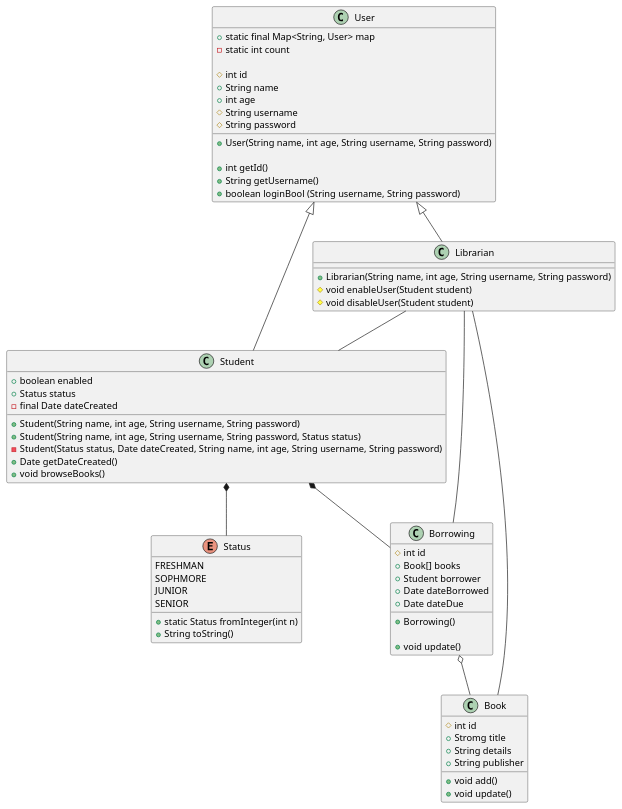
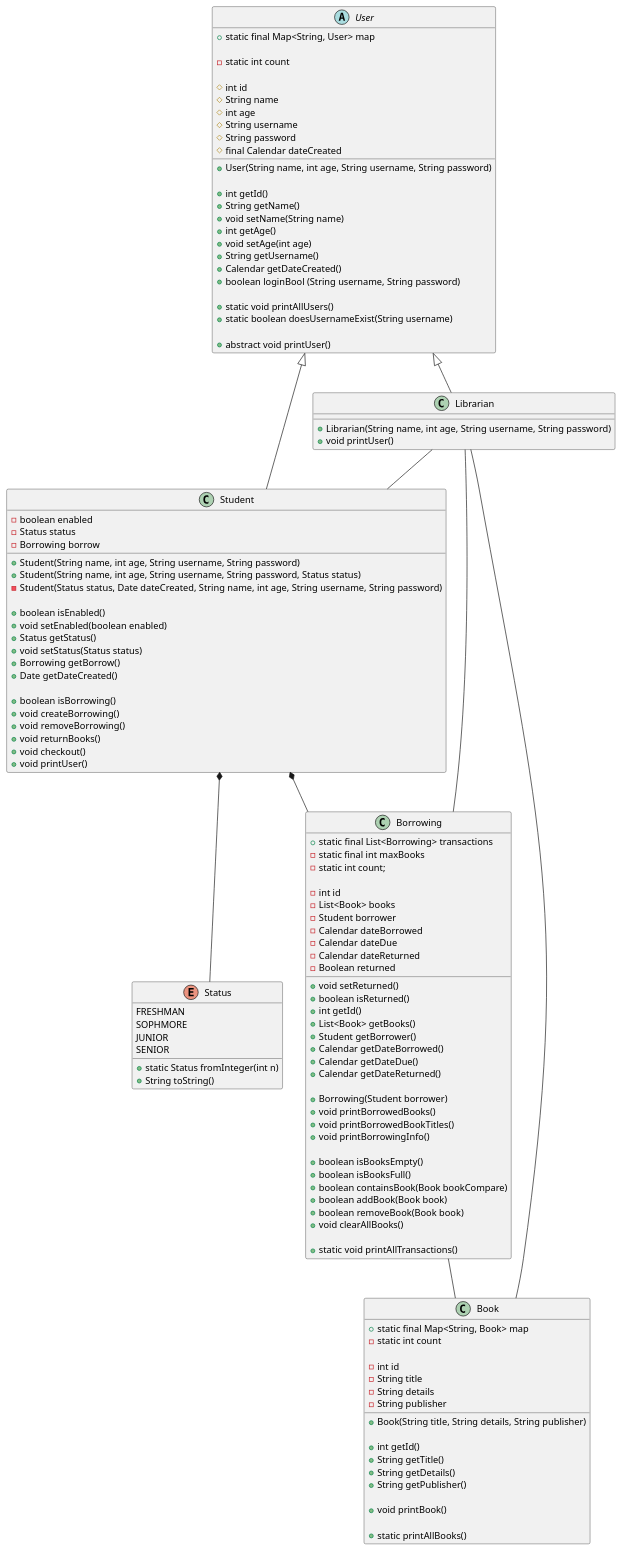
The diagram in UML.puml (drumman22/COP3330-Group-Project), drawn with PlantUML before and after one commit. The commit also changed 3 other files, not shown here.

```diff
--- a/UML.puml
+++ b/UML.puml
@@ -1,81 +1,137 @@
 @startuml
+abstract User {
+    + static final Map<String, User> map
 
-class User {
-    + static final Map<String, User> map
     - static int count
 
     # int id
-    + String name
-    + int age
+    # String name
+    # int age
     # String username
     # String password
+    # final Calendar dateCreated
 
     + User(String name, int age, String username, String password)
 
     + int getId()
+    + String getName()
+    + void setName(String name)
+    + int getAge()
+    + void setAge(int age)
     + String getUsername()
+    + Calendar getDateCreated()
     + boolean loginBool (String username, String password)
+
+    + static void printAllUsers()
+    + static boolean doesUsernameExist(String username)
+
+    + abstract void printUser()
 }
 
 class Librarian {
     + Librarian(String name, int age, String username, String password)
-    # void enableUser(Student student)
-    # void disableUser(Student student)
+    + void printUser()
 }
 
 class Student {
-    + boolean enabled
-    + Status status
-    - final Date dateCreated
+    - boolean enabled
+    - Status status
+    - Borrowing borrow
 
     + Student(String name, int age, String username, String password)
     + Student(String name, int age, String username, String password, Status status)
     - Student(Status status, Date dateCreated, String name, int age, String username, String password)
 
+    + boolean isEnabled()
+    + void setEnabled(boolean enabled)
+    + Status getStatus()
+    + void setStatus(Status status)
+    + Borrowing getBorrow()
+    + Date getDateCreated()
 
-    + Date getDateCreated()
-    + void browseBooks()
+    + boolean isBorrowing()
+    + void createBorrowing()
+    + void removeBorrowing()
+    + void returnBooks()
+    + void checkout()
+    + void printUser()
 }
 
 enum Status {
         FRESHMAN
         SOPHMORE
         JUNIOR
         SENIOR
 
         + static Status fromInteger(int n)
         + String toString()
 }
 
 class Borrowing {
-    # int id
-    + Book[] books
-    + Student borrower
-    + Date dateBorrowed
-    + Date dateDue
+    + static final List<Borrowing> transactions
+    - static final int maxBooks
+    - static int count;
 
-    + Borrowing()
+    - int id
+    - List<Book> books
+    - Student borrower
+    - Calendar dateBorrowed
+    - Calendar dateDue
+    - Calendar dateReturned
+    - Boolean returned
 
-    + void update()
+    + void setReturned()
+    + boolean isReturned()
+    + int getId()
+    + List<Book> getBooks()
+    + Student getBorrower()
+    + Calendar getDateBorrowed()
+    + Calendar getDateDue()
+    + Calendar getDateReturned()
+
+    + Borrowing(Student borrower)
+    + void printBorrowedBooks()
+    + void printBorrowedBookTitles()
+    + void printBorrowingInfo()
+
+    + boolean isBooksEmpty()
+    + boolean isBooksFull()
+    + boolean containsBook(Book bookCompare)
+    + boolean addBook(Book book)
+    + boolean removeBook(Book book)
+    + void clearAllBooks()
+
+    + static void printAllTransactions()
 }
 
 class Book {
-    # int id
-    + Stromg title
-    + String details
-    + String publisher
+    + static final Map<String, Book> map
+    - static int count
 
-    + void add()
-    + void update()
+    - int id
+    - String title
+    - String details
+    - String publisher
+
+    + Book(String title, String details, String publisher)
+
+    + int getId()
+    + String getTitle()
+    + String getDetails()
+    + String getPublisher()
+
+    + void printBook()
+
+    + static printAllBooks()
 }
 
 User <|-- Student
 User <|-- Librarian
 Student *-- Status
 Student *-- Borrowing
 Borrowing -- Librarian
-Borrowing o-- Book
+Borrowing -- Book
 Librarian -- Student
 Book -- Librarian
 
 @enduml
```
